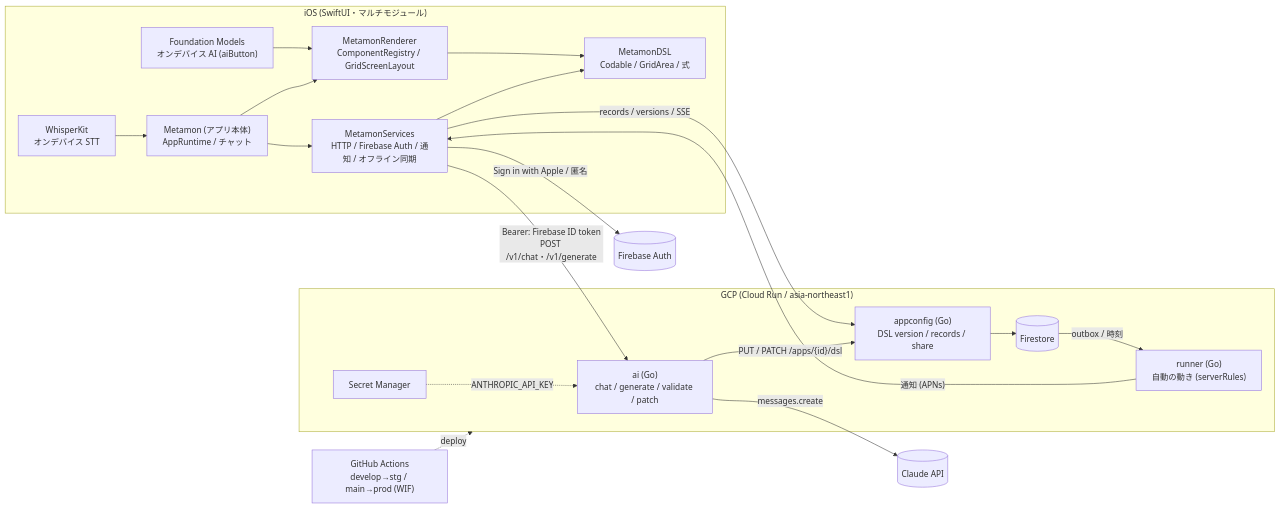
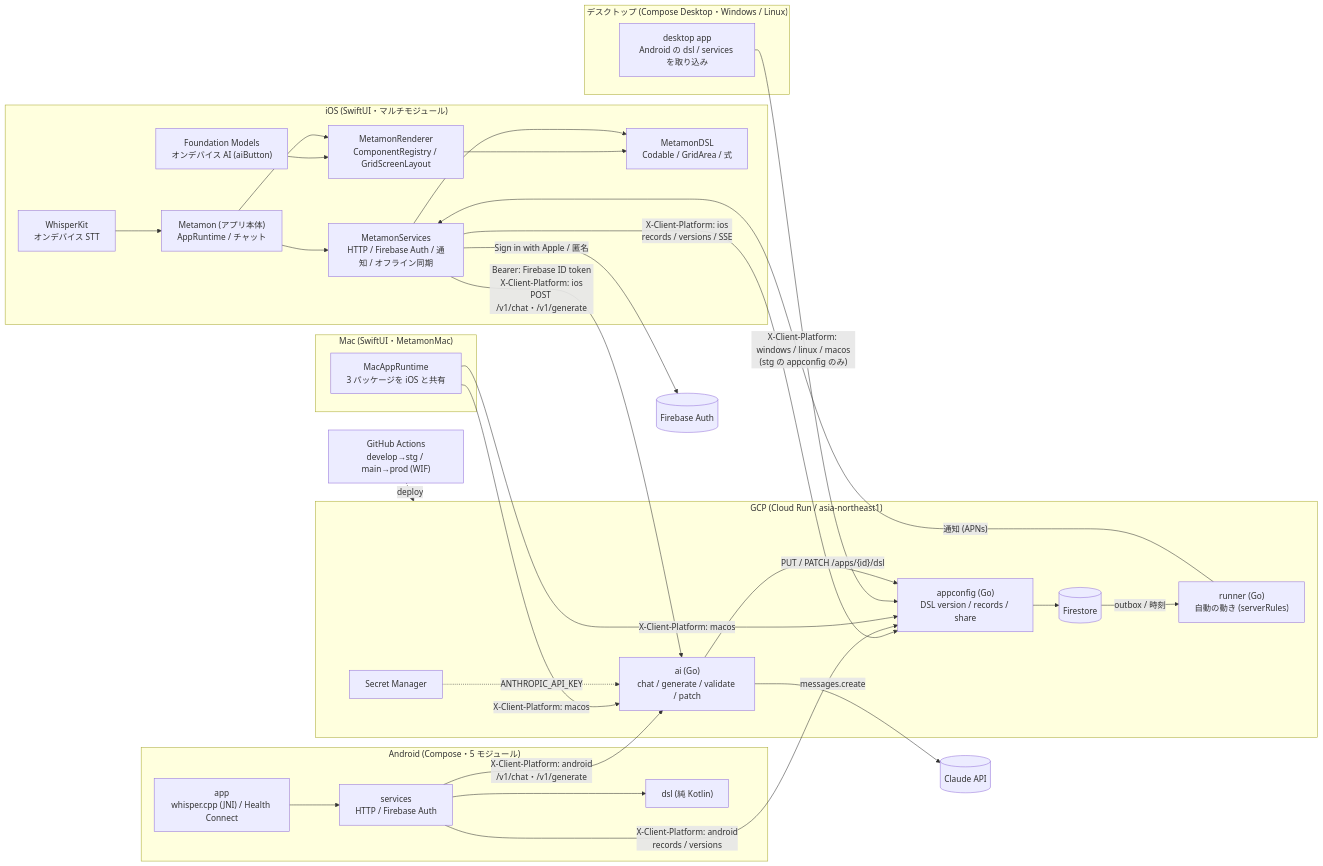
The diagram in docs/README-details.md (jphacks/kz_2601), drawn with Mermaid before and after one commit. The commit also changed other lines of this file, not shown here.

Commit message:
docs: README-details のアーキテクチャ図に Android・Mac・デスクトップを足す
Refs #287

````diff
--- a/docs/README-details.md
+++ b/docs/README-details.md
@@ -195,28 +195,43 @@
 ```mermaid
 flowchart LR
   subgraph iOS["iOS (SwiftUI・マルチモジュール)"]
     W["WhisperKit<br/>オンデバイス STT"] --> App["Metamon (アプリ本体)<br/>AppRuntime / チャット"]
     FM["Foundation Models<br/>オンデバイス AI (aiButton)"] --> Ren
     App --> Ren["MetamonRenderer<br/>ComponentRegistry / GridScreenLayout"]
     App --> Svc["MetamonServices<br/>HTTP / Firebase Auth / 通知 / オフライン同期"]
     Ren --> DSL["MetamonDSL<br/>Codable / GridArea / 式"]
     Svc --> DSL
   end
+  subgraph AND["Android (Compose・5 モジュール)"]
+    ASvc["services<br/>HTTP / Firebase Auth"] --> ADSL["dsl (純 Kotlin)"]
+    AApp["app<br/>whisper.cpp (JNI) / Health Connect"] --> ASvc
+  end
+  subgraph MAC["Mac (SwiftUI・MetamonMac)"]
+    MApp["MacAppRuntime<br/>3 パッケージを iOS と共有"]
+  end
+  subgraph DT["デスクトップ (Compose Desktop・Windows / Linux)"]
+    DApp["desktop app<br/>Android の dsl / services を取り込み"]
+  end
   subgraph GCP["GCP (Cloud Run / asia-northeast1)"]
     AI["ai (Go)<br/>chat / generate / validate / patch"]
     AC["appconfig (Go)<br/>DSL version / records / share"]
     RN["runner (Go)<br/>自動の動き (serverRules)"]
     FS[("Firestore")]
     SM["Secret Manager"]
   end
-  Svc -- "Bearer: Firebase ID token<br/>POST /v1/chat・/v1/generate" --> AI
-  Svc -- "records / versions / SSE" --> AC
+  Svc -- "Bearer: Firebase ID token<br/>X-Client-Platform: ios<br/>POST /v1/chat・/v1/generate" --> AI
+  Svc -- "X-Client-Platform: ios<br/>records / versions / SSE" --> AC
+  ASvc -- "X-Client-Platform: android<br/>/v1/chat・/v1/generate" --> AI
+  ASvc -- "X-Client-Platform: android<br/>records / versions" --> AC
+  MApp -- "X-Client-Platform: macos" --> AI
+  MApp -- "X-Client-Platform: macos" --> AC
+  DApp -- "X-Client-Platform: windows / linux / macos<br/>(stg の appconfig のみ)" --> AC
   AI -- "PUT / PATCH /apps/{id}/dsl" --> AC
   AC --> FS
   FS -- "outbox / 時刻" --> RN
   RN -- "通知 (APNs)" --> Svc
   AI -- "messages.create" --> CL[(Claude API)]
   SM -. ANTHROPIC_API_KEY .-> AI
   Svc -- "Sign in with Apple / 匿名" --> FA[(Firebase Auth)]
   GH["GitHub Actions<br/>develop→stg / main→prod (WIF)"] -. deploy .-> GCP
 ```
````
